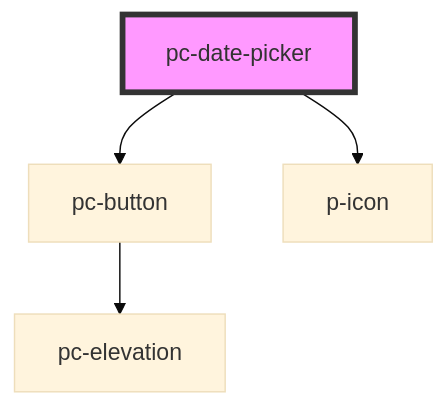
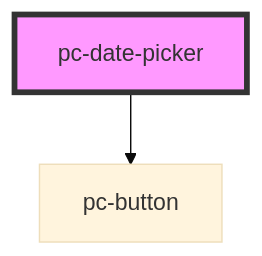
Before and after one commit to redvars/peacock: the diagram in src/components/input-controls/data-and-time/date/date-picker/readme.md, drawn with Mermaid (base theme). The commit also changed other lines of this file and 135 other files, not shown here.

````diff
--- a/src/components/input-controls/data-and-time/date/date-picker/readme.md
+++ b/src/components/input-controls/data-and-time/date/date-picker/readme.md
@@ -83,7 +82,5 @@
 ```mermaid
 graph TD;
   pc-date-picker --> pc-button
-  pc-date-picker --> p-icon
-  pc-button --> pc-elevation
   style pc-date-picker fill:#f9f,stroke:#333,stroke-width:4px
 ```
````
